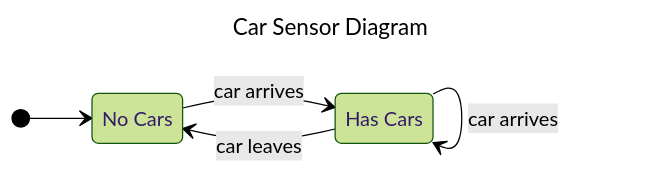
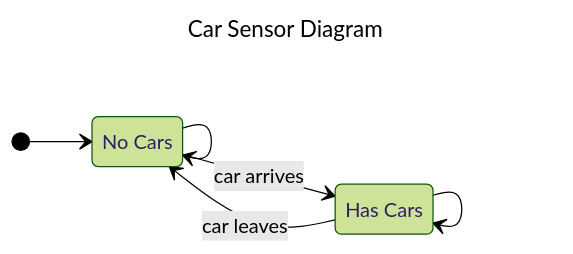
One commit to VinayakFia/Obsidian changed the first of 6 diagrams in COMP3153/System Model - Vinayak Fialok.md. Above: the diagram before and after it, drawn with Mermaid (forest theme). The commit also changed other lines of this file, not shown here.

````diff
--- a/COMP3153/System Model - Vinayak Fialok.md
+++ b/COMP3153/System Model - Vinayak Fialok.md
@@ -17,14 +17,16 @@
 ```mermaid
 ---
 title: Car Sensor Diagram
 ---
 stateDiagram-v2
 	direction LR
 	n: No Cars
 	c: Has Cars
 	[*] --> n
 	n --> c : car arrives
+	n --> n
 	c --> n : car leaves
 	c --> c : car leaves
 	c --> c : car arrives
+	c --> c
 ```
````
